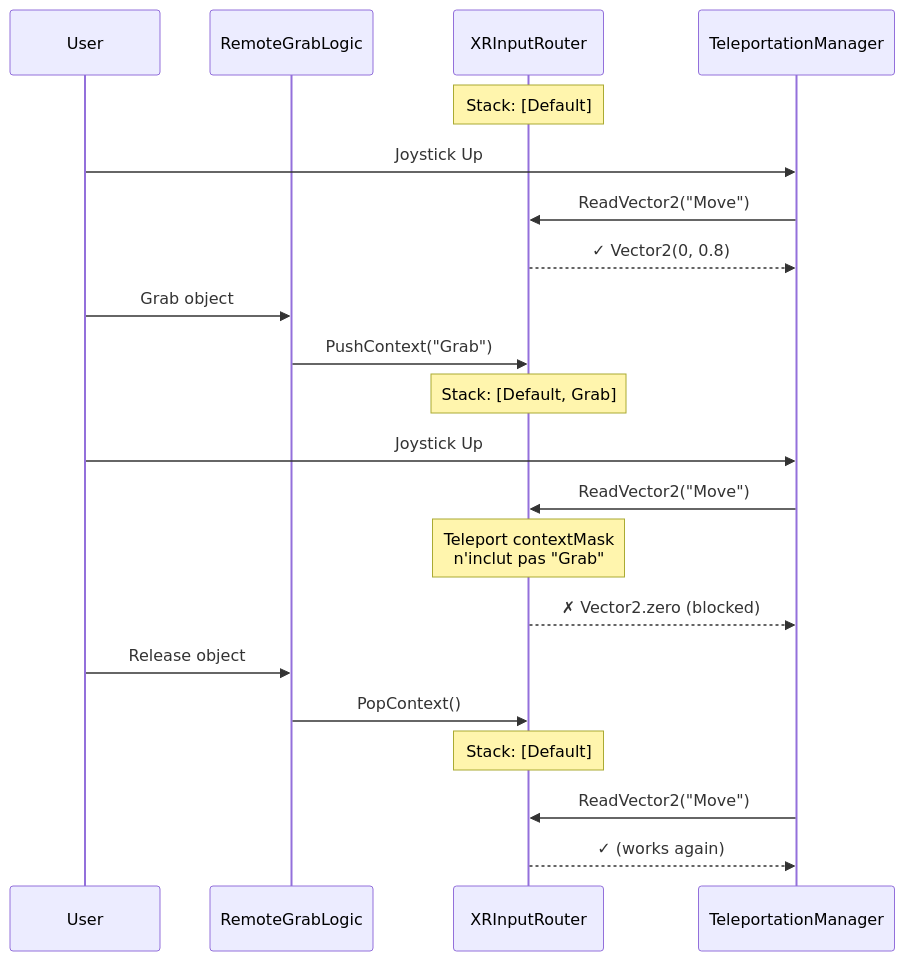
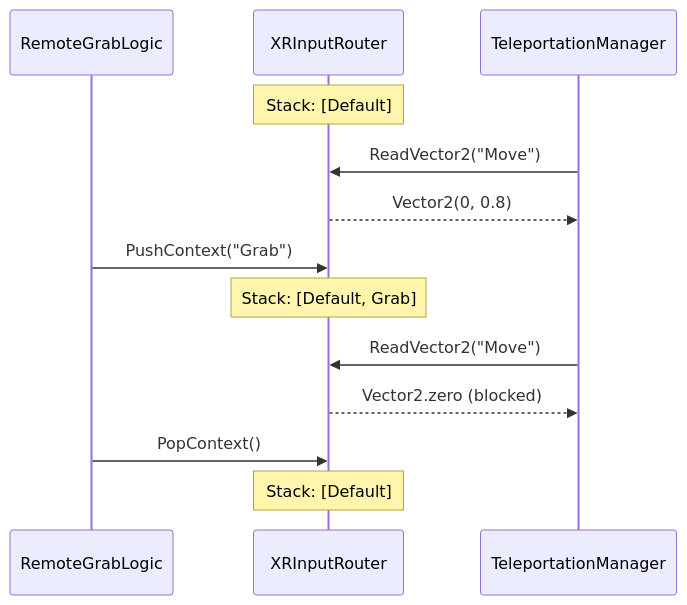
Before and after one commit to Louis27140/XR-Interactions: the second of 3 diagrams in Documentation/Input.md, drawn with Mermaid. The commit also changed other lines of this file and 31 other files, not shown here.

````diff
--- a/Documentation/Input.md
+++ b/Documentation/Input.md
@@ -52,27 +114,19 @@
 ```mermaid
 sequenceDiagram
-    participant User
     participant Grab as RemoteGrabLogic
     participant Router as XRInputRouter
     participant Teleport as TeleportationManager
-    
+
     Note over Router: Stack: [Default]
-    User->>Teleport: Joystick Up
     Teleport->>Router: ReadVector2("Move")
-    Router-->>Teleport: ✓ Vector2(0, 0.8)
-    
-    User->>Grab: Grab object
+    Router-->>Teleport: Vector2(0, 0.8)
+
     Grab->>Router: PushContext("Grab")
     Note over Router: Stack: [Default, Grab]
-    
-    User->>Teleport: Joystick Up
+
     Teleport->>Router: ReadVector2("Move")
-    Note over Router: Teleport contextMask<br/>n'inclut pas "Grab"
-    Router-->>Teleport: ✗ Vector2.zero (blocked)
-    
-    User->>Grab: Release object
+    Router-->>Teleport: Vector2.zero (blocked)
+
     Grab->>Router: PopContext()
     Note over Router: Stack: [Default]
-    Teleport->>Router: ReadVector2("Move")
-    Router-->>Teleport: ✓ (works again)
 ```
````
